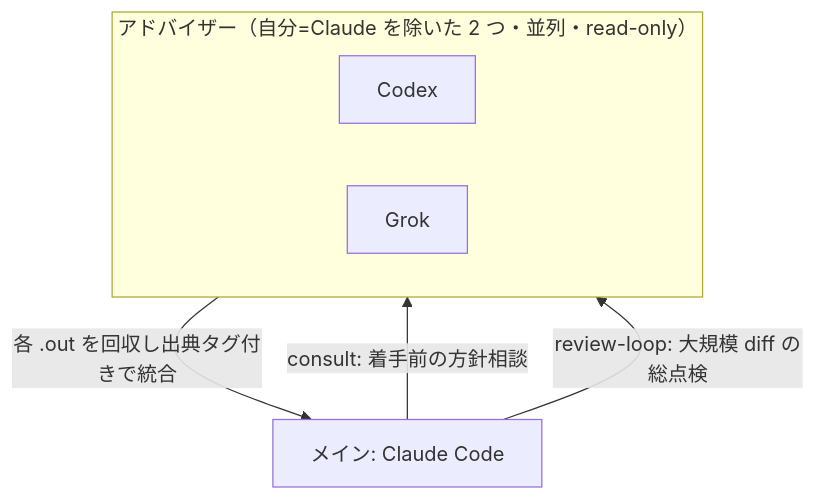
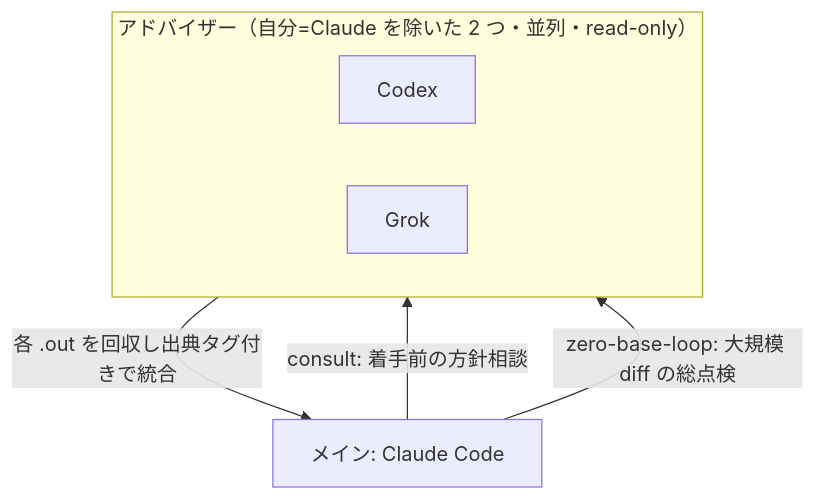
The fourth of 4 diagrams in agents/skills/README.md (usagizmo/agentfiles), drawn with Mermaid before and after one commit. The commit also changed other lines of this file and 11 other files, not shown here.

````diff
--- a/agents/skills/README.md
+++ b/agents/skills/README.md
@@ -109,14 +189,14 @@
 ```mermaid
 flowchart TD
     M["メイン: Claude Code"]
 
     M -->|"consult: 着手前の方針相談"| A
-    M -->|"review-loop: 大規模 diff の総点検"| A
+    M -->|"zero-base-loop: 大規模 diff の総点検"| A
 
     subgraph A["アドバイザー（自分=Claude を除いた 2 つ・並列・read-only）"]
         X["Codex"]
         G["Grok"]
     end
 
     A -->|"各 .out を回収し出典タグ付きで統合"| M
 ```
````
